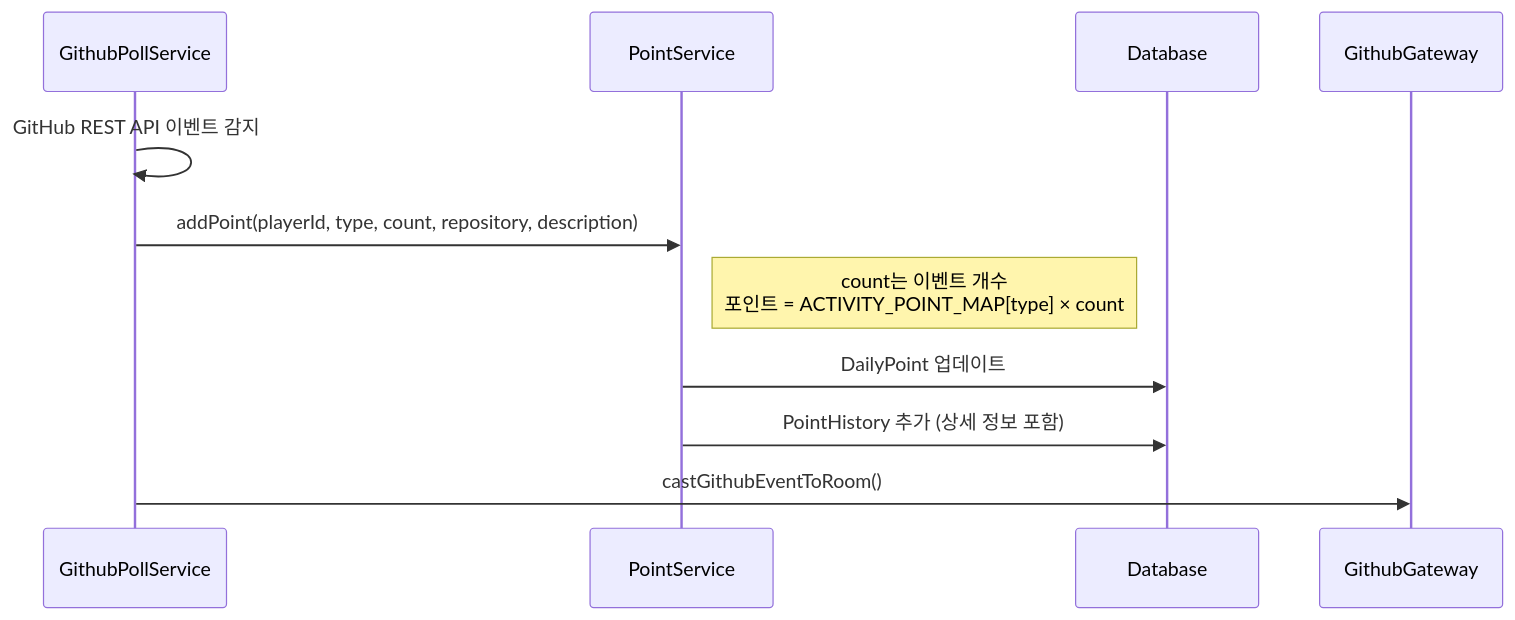
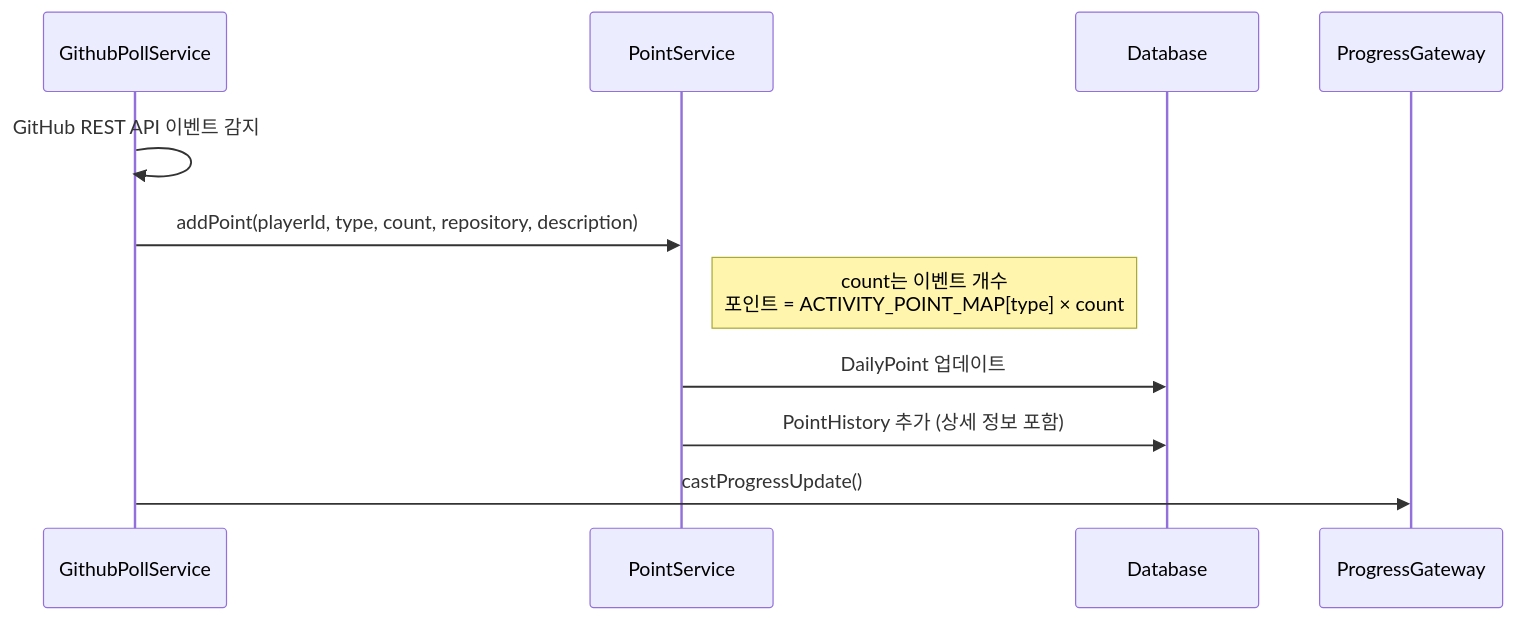
Before and after one commit to boostcampwm2025/web19-estrogenquattro: the first of 4 diagrams in docs/features/POINT_SYSTEM.md, drawn with Mermaid. The commit also changed other lines of this file and 97 other files, not shown here.

````diff
--- a/docs/features/POINT_SYSTEM.md
+++ b/docs/features/POINT_SYSTEM.md
@@ -187,14 +174,14 @@
 ```mermaid
 sequenceDiagram
     participant Poll as GithubPollService
     participant PS as PointService
     participant DB as Database
-    participant GW as GithubGateway
+    participant GW as ProgressGateway
 
     Poll->>Poll: GitHub REST API 이벤트 감지
     Poll->>PS: addPoint(playerId, type, count, repository, description)
     Note right of PS: count는 이벤트 개수<br/>포인트 = ACTIVITY_POINT_MAP[type] × count
     PS->>DB: DailyPoint 업데이트
     PS->>DB: PointHistory 추가 (상세 정보 포함)
-    Poll->>GW: castGithubEventToRoom()
+    Poll->>GW: castProgressUpdate()
 ```
````
